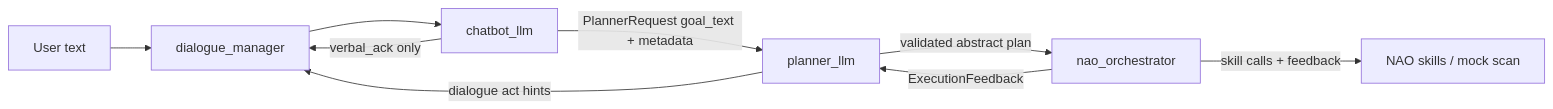
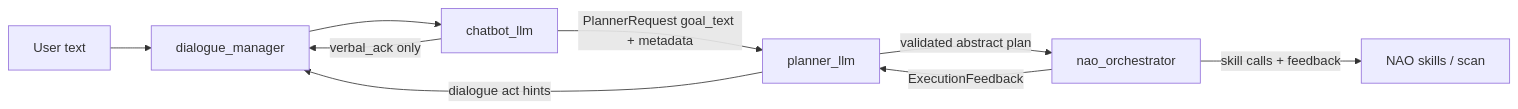
The diagram in docs/demo_ready_handoff_2026-05-05.md (ieverythng/nao-ros4hri-bridge), drawn with Mermaid before and after one commit. The commit also changed other lines of this file and 20 other files, not shown here.

First line of the commit message:
feat: add scan skill within registry and intents

````diff
--- a/docs/demo_ready_handoff_2026-05-05.md
+++ b/docs/demo_ready_handoff_2026-05-05.md
@@ -7,11 +7,11 @@
 ```mermaid
 flowchart LR
   U["User text"] --> DM["dialogue_manager"]
   DM --> C["chatbot_llm"]
   C -->|verbal_ack only| DM
   C -->|PlannerRequest goal_text + metadata| P["planner_llm"]
   P -->|validated abstract plan| O["nao_orchestrator"]
-  O -->|skill calls + feedback| S["NAO skills / mock scan"]
+  O -->|skill calls + feedback| S["NAO skills / scan"]
   O -->|ExecutionFeedback| P
   P -->|dialogue act hints| DM
 ```
````
